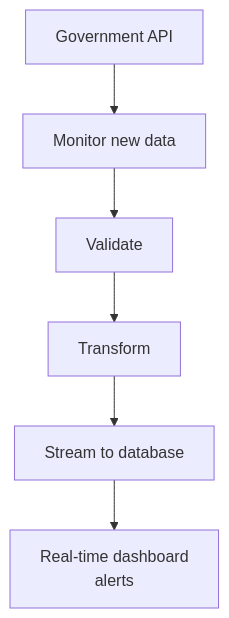
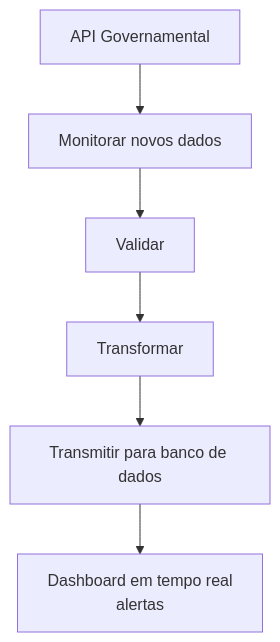
One commit to Quantilica/docs changed the fourth of 9 diagrams in docs/architecture/overview.md. Above: the diagram before and after it, drawn with Mermaid. The commit also changed other lines of this file and 31 other files, not shown here.

````diff
--- a/docs/architecture/overview.md
+++ b/docs/architecture/overview.md
@@ -234,8 +234,8 @@
 ```mermaid
 graph TD
-    A["Government API"] --> B["Monitor new data"]
-    B --> C["Validate"]
-    C --> D["Transform"]
-    D --> E["Stream to database"]
-    E --> F["Real-time dashboard<br/>alerts"]
+    A["API Governamental"] --> B["Monitorar novos dados"]
+    B --> C["Validar"]
+    C --> D["Transformar"]
+    D --> E["Transmitir para banco de dados"]
+    E --> F["Dashboard em tempo real<br/>alertas"]
 ```
````
